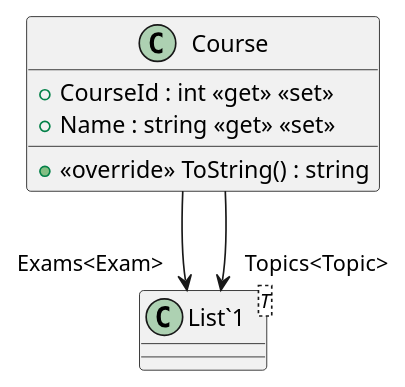
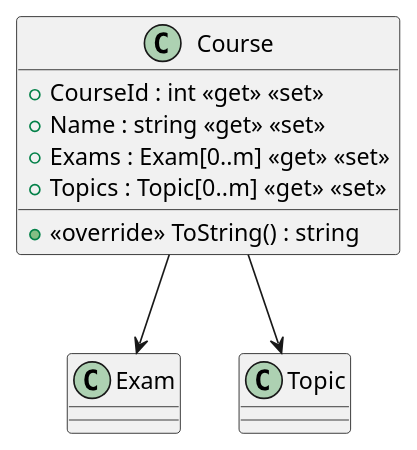
The diagram in Examination System UML/plantuml/Examination System UML/Course.puml (dinaelmasry666/ITI-Examination-System), drawn with PlantUML before and after one commit. The commit also changed 18 other files, not shown here.

Commit message:
fixed some issues and implemented PlantUML class diagram

```diff
--- a/Examination System UML/plantuml/Examination System UML/Course.puml
+++ b/Examination System UML/plantuml/Examination System UML/Course.puml
@@ -1,11 +1,12 @@
 @startuml
 class Course {
     + CourseId : int <<get>> <<set>>
     + Name : string <<get>> <<set>>
+    + Exams : Exam[0..m] <<get>> <<set>>
+    + Topics : Topic[0..m] <<get>> <<set>>
     + <<override>> ToString() : string
 }
-class "List`1"<T> {
-}
-Course --> "Exams<Exam>" "List`1"
-Course --> "Topics<Topic>" "List`1"
+
+Course --> Exam
+Course --> Topic
 @enduml
```
